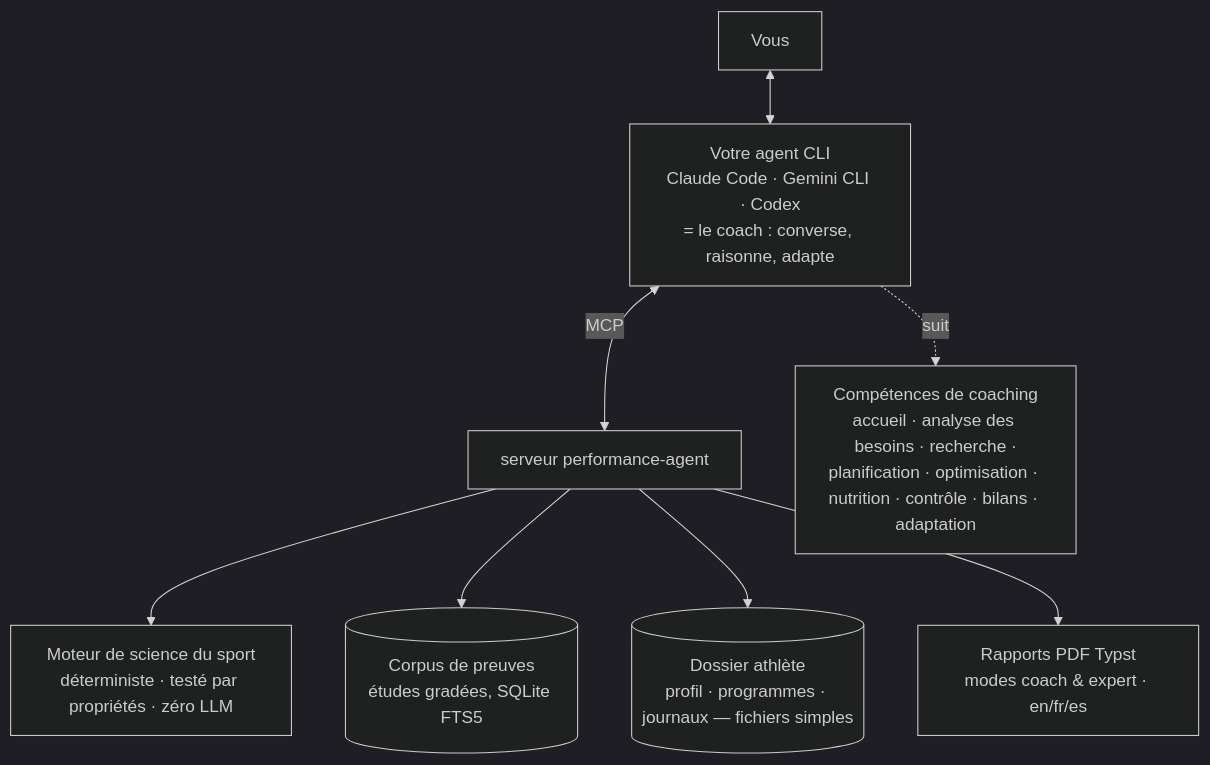
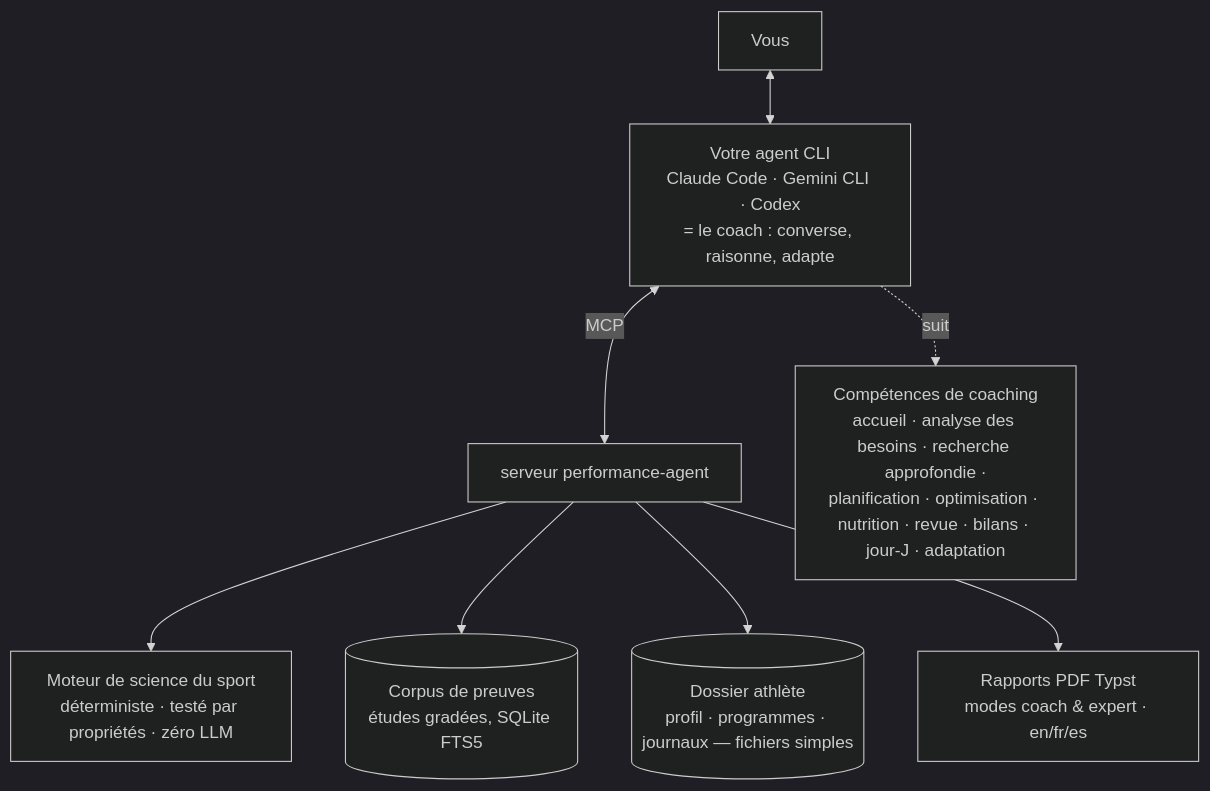
The diagram in docs/i18n/README.fr.md (clementrx/Performance-agent), drawn with Mermaid (dark theme) before and after one commit. The commit also changed other lines of this file and 3 other files, not shown here.

````diff
--- a/docs/i18n/README.fr.md
+++ b/docs/i18n/README.fr.md
@@ -269,11 +269,11 @@
 ```mermaid
 flowchart TB
     U[Vous] <--> H[Votre agent CLI<br/>Claude Code · Gemini CLI · Codex<br/>= le coach : converse, raisonne, adapte]
     H <-->|MCP| S[serveur performance-agent]
-    H -.suit.-> SK[Compétences de coaching<br/>accueil · analyse des besoins · recherche ·
-planification · optimisation · nutrition · contrôle · bilans · adaptation]
+    H -.suit.-> SK[Compétences de coaching<br/>accueil · analyse des besoins · recherche approfondie ·
+planification · optimisation · nutrition · revue · bilans · jour-J · adaptation]
     S --> E[Moteur de science du sport<br/>déterministe · testé par propriétés · zéro LLM]
     S --> EV[(Corpus de preuves<br/>études gradées, SQLite FTS5)]
     S --> M[(Dossier athlète<br/>profil · programmes · journaux — fichiers simples)]
     S --> R[Rapports PDF Typst<br/>modes coach & expert · en/fr/es]
 ```
````
